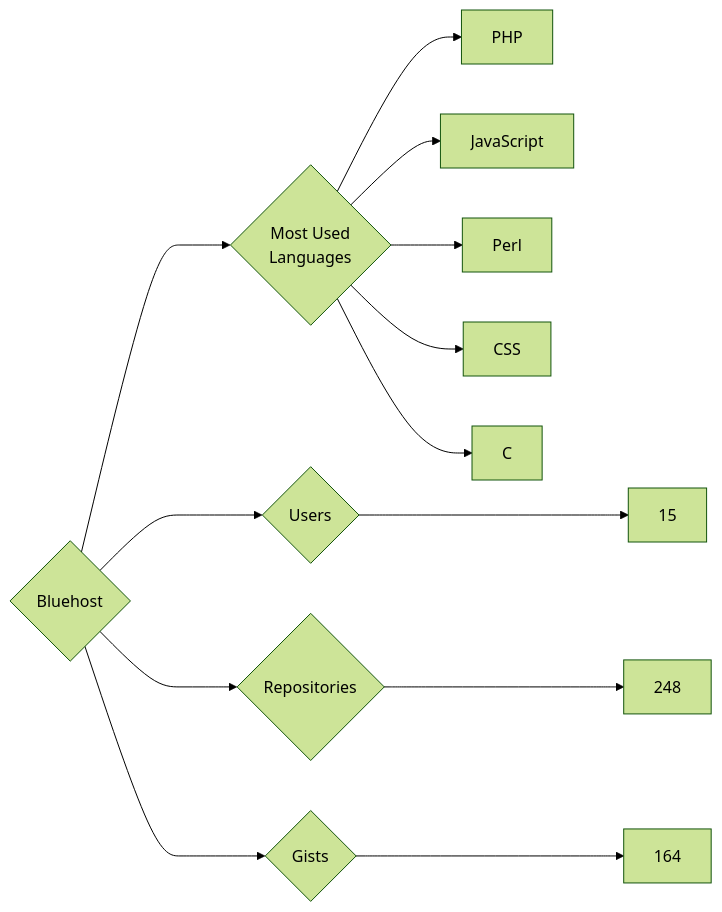
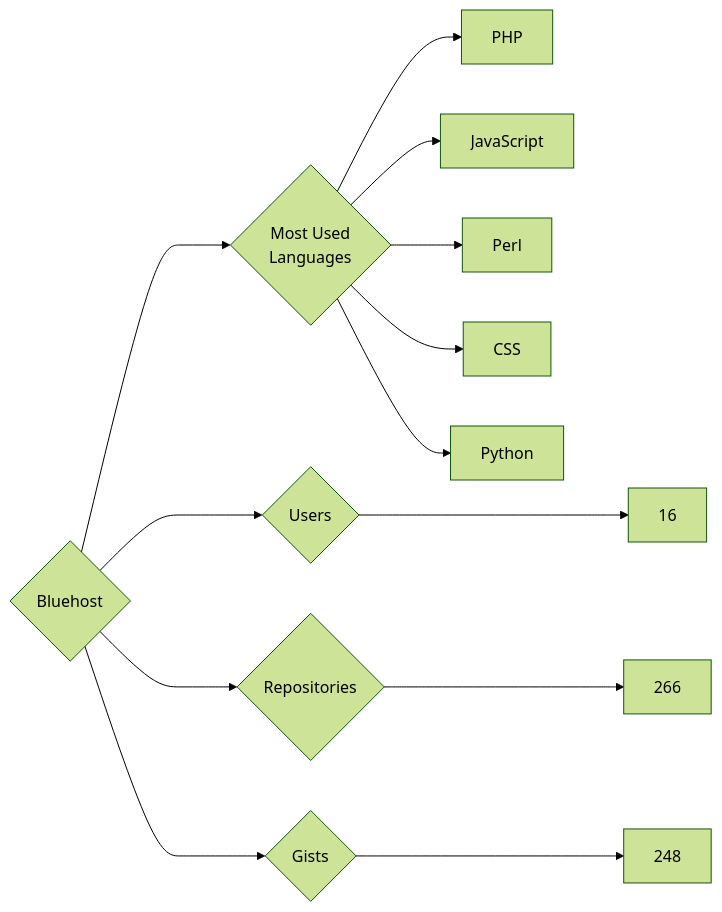
The diagram in targets/Bluehost/README.md (trickest/insiders), drawn with Mermaid (forest theme) before and after one commit. The commit also changed 782 other files, not shown here.

````diff
--- a/targets/Bluehost/README.md
+++ b/targets/Bluehost/README.md
@@ -3,13 +3,13 @@
 ```mermaid
 graph LR
 COMPANY_NAME{Bluehost}
-COMPANY_NAME ---> U{Users} ---> UN[15]
-COMPANY_NAME ---> R{Repositories} ---> RN[248]
-COMPANY_NAME ---> G{Gists} ---> GN[164]
+COMPANY_NAME ---> U{Users} ---> UN[16]
+COMPANY_NAME ---> R{Repositories} ---> RN[266]
+COMPANY_NAME ---> G{Gists} ---> GN[248]
 COMPANY_NAME ---> ML{Most Used<br>Languages}
 ML --> PHP[PHP]
 ML --> JavaScript[JavaScript]
 ML --> Perl[Perl]
 ML --> CSS[CSS]
-ML --> C[C]
+ML --> Python[Python]
 ```
````
